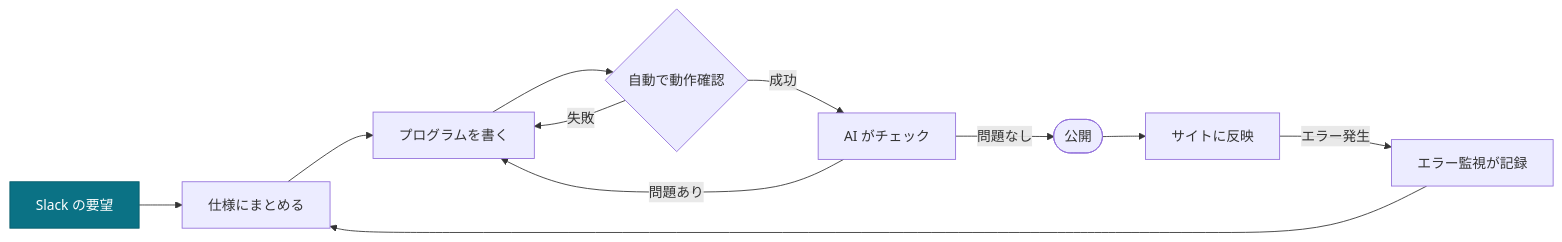
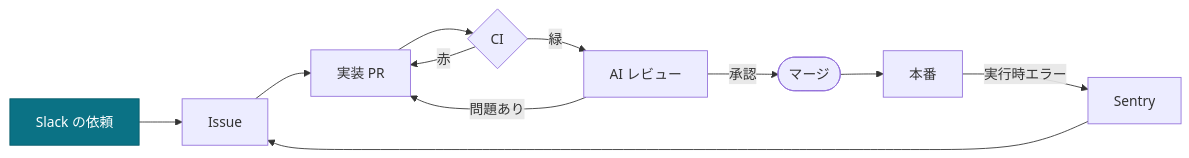
One commit to hakusoft/loop-engineering-lab changed the first of 2 diagrams in README.md. Above: the diagram before and after it, drawn with Mermaid. The commit also changed other lines of this file, not shown here.

````diff
--- a/README.md
+++ b/README.md
@@ -14,16 +9,16 @@
 ```mermaid
 flowchart LR
-    SLACK[Slack の要望] --> ISSUE[仕様にまとめる]
-    ISSUE --> PR[プログラムを書く]
-    PR --> CI{自動で動作確認}
-    CI -->|失敗| PR
-    CI -->|成功| REVIEW[AI がチェック]
+    SLACK[Slack の依頼] --> ISSUE[Issue]
+    ISSUE --> PR[実装 PR]
+    PR --> CI{CI}
+    CI -->|赤| PR
+    CI -->|緑| REVIEW[AI レビュー]
     REVIEW -->|問題あり| PR
-    REVIEW -->|問題なし| MERGE([公開])
-    MERGE --> PROD[サイトに反映]
-    PROD -->|エラー発生| SENTRY[エラー監視が記録]
+    REVIEW -->|承認| MERGE([マージ])
+    MERGE --> PROD[本番]
+    PROD -->|実行時エラー| SENTRY[Sentry]
     SENTRY --> ISSUE
 
     classDef human fill:#0b7285,stroke:#075c6b,color:#fff
     class SLACK human
 ```
````
